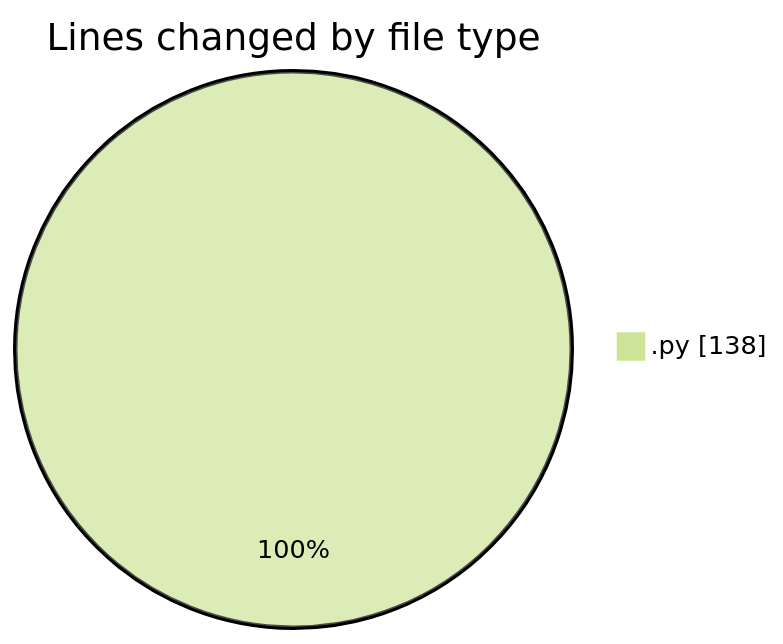
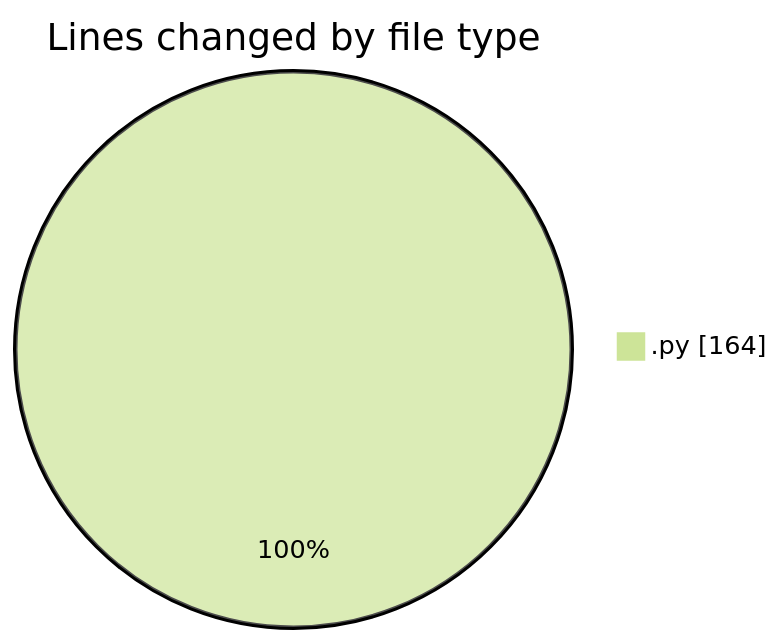
Before and after one commit to MatusMokan/code-tracking: the first of 2 diagrams in 2025-02-26/myws__workspace_/README.md, drawn with Mermaid (forest theme). The commit also changed other lines of this file and 1 other file, not shown here.

````diff
--- a/2025-02-26/myws__workspace_/README.md
+++ b/2025-02-26/myws__workspace_/README.md
@@ -20,5 +20,5 @@
 ```mermaid
 pie showData
 title Lines changed by file type
-".py" : 138
+".py" : 164
 ```
````
